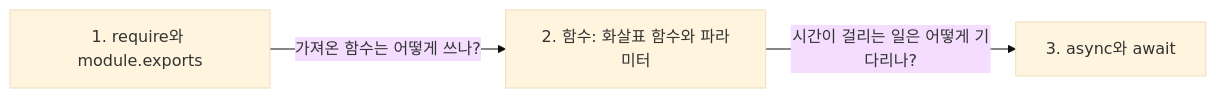
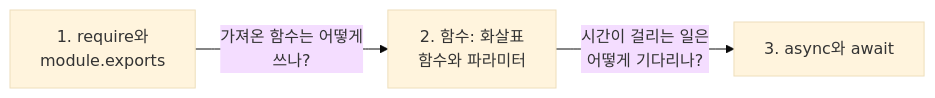
Before and after one commit to ChildrenAon/TIL: the second of 4 diagrams in 2026/November/11-03.md, drawn with Mermaid (base theme). The commit also changed other lines of this file and 5 other files, not shown here.

````diff
--- a/2026/November/11-03.md
+++ b/2026/November/11-03.md
@@ -288,5 +288,5 @@
 ```mermaid
 flowchart LR
-  A["1. require와 module.exports"] -->|"가져온 함수는 어떻게 쓰나?"| B["2. 함수: 화살표 함수와 파라미터"]
-  B -->|"시간이 걸리는 일은 어떻게 기다리나?"| C["3. async와 await"]
+  A["1. require와<br/>module.exports"] -->|"가져온 함수는 어떻게<br/>쓰나?"| B["2. 함수: 화살표<br/>함수와 파라미터"]
+  B -->|"시간이 걸리는 일은<br/>어떻게 기다리나?"| C["3. async와 await"]
 ```
````
